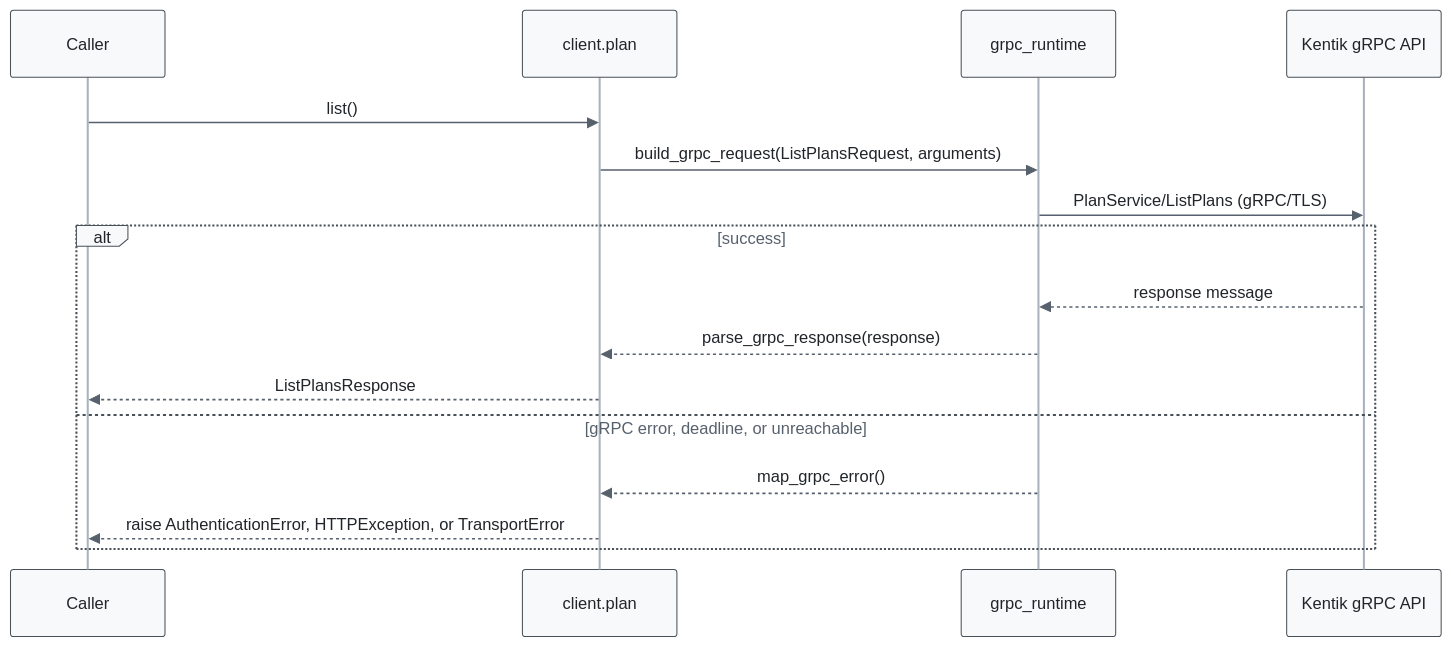
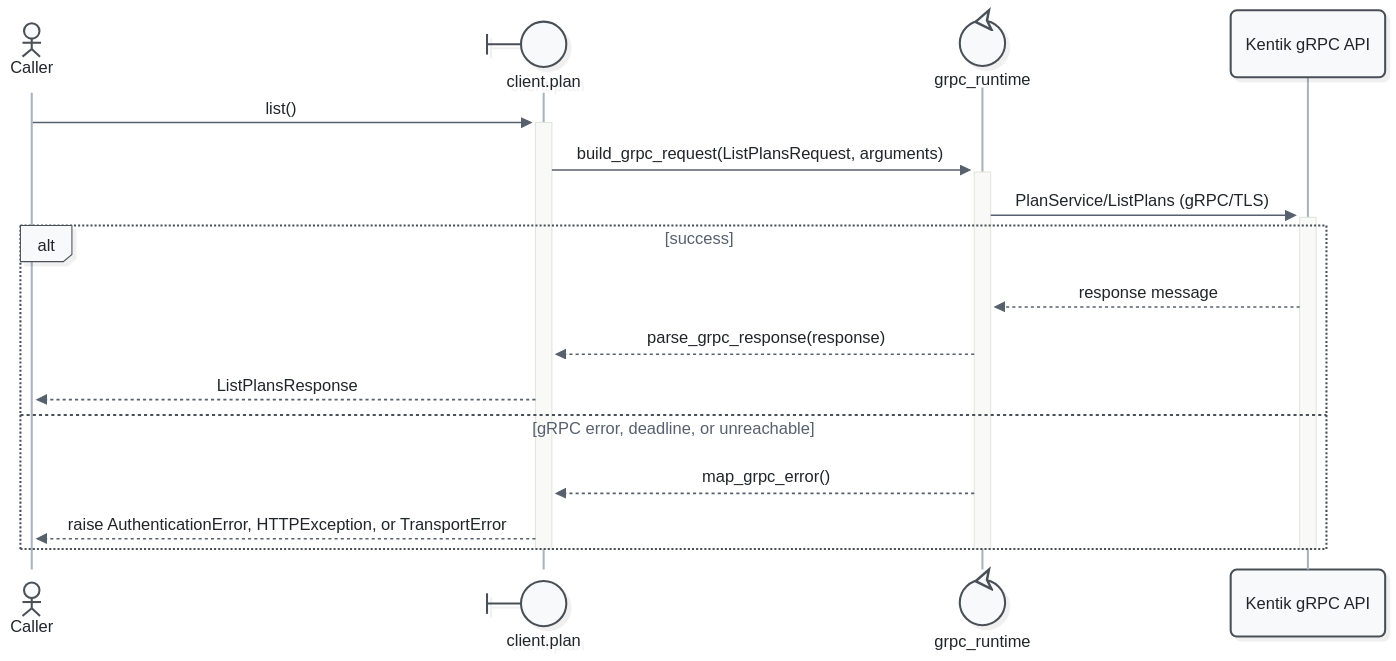
One commit to alexdearaujo/community_sdk_python changed the second of 3 diagrams in docs/sphinx/services/plan.md. Above: the diagram before and after it, drawn with Mermaid. The commit also changed other lines of this file and 52 other files, not shown here.

First line of the commit message:
docs: Mermaid 12 sequence diagrams with participant types and path colors

````diff
--- a/docs/sphinx/services/plan.md
+++ b/docs/sphinx/services/plan.md
@@ -55,20 +57,23 @@
 ```mermaid
-%%{init: {"theme": "base", "fontFamily": "ui-monospace, SFMono-Regular, Menlo, monospace", "themeVariables": {"fontFamily": "ui-monospace, SFMono-Regular, Menlo, monospace", "primaryColor": "#f8f9fa", "primaryBorderColor": "#495057", "primaryTextColor": "#212529", "textColor": "#212529", "lineColor": "#77818c", "edgeLabelBackground": "#ffffff", "actorBkg": "#f8f9fa", "actorBorder": "#495057", "actorTextColor": "#212529", "actorLineColor": "#a9b3be", "signalColor": "#57616d", "signalTextColor": "#212529", "labelBoxBkgColor": "#f8f9fa", "labelBoxBorderColor": "#495057", "labelTextColor": "#212529", "loopTextColor": "#57616d", "noteBkgColor": "#fff9db", "noteBorderColor": "#f08c00", "noteTextColor": "#a35a00"}, "flowchart": {"curve": "step", "nodeSpacing": 30, "rankSpacing": 70, "wrappingWidth": 400}}}%%
+%%{init: {"theme": "redux", "look": "neo", "layout": "dagre", "fontFamily": "ui-monospace, SFMono-Regular, Menlo, monospace", "themeVariables": {"fontFamily": "ui-monospace, SFMono-Regular, Menlo, monospace", "primaryColor": "#f8f9fa", "primaryBorderColor": "#495057", "primaryTextColor": "#212529", "textColor": "#212529", "lineColor": "#77818c", "edgeLabelBackground": "#ffffff", "actorBkg": "#f8f9fa", "actorBorder": "#495057", "actorTextColor": "#212529", "actorLineColor": "#a9b3be", "signalColor": "#57616d", "signalTextColor": "#212529", "labelBoxBkgColor": "#f8f9fa", "labelBoxBorderColor": "#495057", "labelTextColor": "#212529", "loopTextColor": "#57616d", "noteBkgColor": "#fff9db", "noteBorderColor": "#f08c00", "noteTextColor": "#a35a00"}, "sequence": {"activationWidth": 16}, "flowchart": {"curve": "step", "nodeSpacing": 30, "rankSpacing": 70, "wrappingWidth": 400}}}%%
 sequenceDiagram
-    participant C as Caller
-    participant W as client.plan
-    participant R as grpc_runtime
+    actor C as Caller
+    participant W@{ "type": "boundary" } as client.plan
+    participant R@{ "type": "control" } as grpc_runtime
     participant API as Kentik gRPC API
 
-    C->>W: list()
-    W->>R: build_grpc_request(ListPlansRequest, arguments)
-    R->>API: PlanService/ListPlans (gRPC/TLS)
+    C->>+W: list()
+    W->>+R: build_grpc_request(ListPlansRequest, arguments)
+    R->>+API: PlanService/ListPlans (gRPC/TLS)
     alt success
         API-->>R: response message
         R-->>W: parse_grpc_response(response)
         W-->>C: ListPlansResponse
     else gRPC error, deadline, or unreachable
         R-->>W: map_grpc_error()
         W-->>C: raise AuthenticationError, HTTPException, or TransportError
     end
+    deactivate API
+    deactivate R
+    deactivate W
 ```
````
